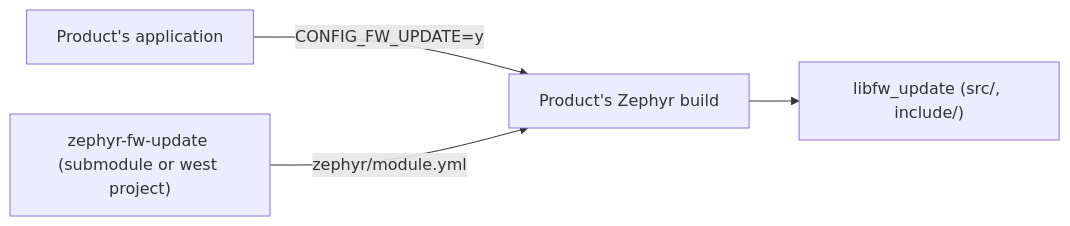
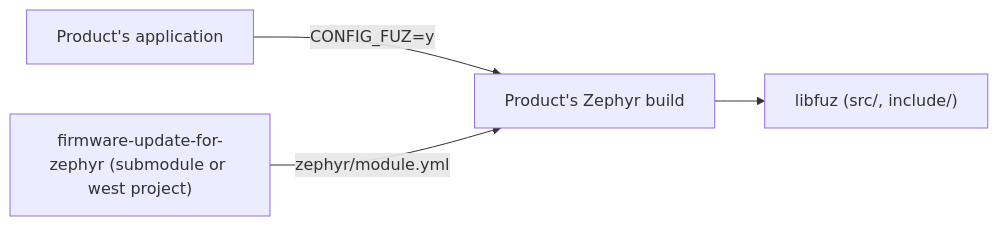
Before and after one commit to sigmundrulle/firmware-update-for-zephyr: the diagram in AGENTS.md, drawn with Mermaid. The commit also changed other lines of this file and 14 other files, not shown here.

First line of the commit message:
Rename the module to fuz (Firmware Update for Zephyr)

````diff
--- a/AGENTS.md
+++ b/AGENTS.md
@@ -88,6 +89,6 @@
 ```mermaid
 flowchart LR
-    P["Product's application"] -->|"CONFIG_FW_UPDATE=y"| Z["Product's Zephyr build"]
-    S["zephyr-fw-update (submodule or west project)"] -->|"zephyr/module.yml"| Z
-    Z --> L["libfw_update (src/, include/)"]
+    P["Product's application"] -->|"CONFIG_FUZ=y"| Z["Product's Zephyr build"]
+    S["firmware-update-for-zephyr (submodule or west project)"] -->|"zephyr/module.yml"| Z
+    Z --> L["libfuz (src/, include/)"]
 ```
````
